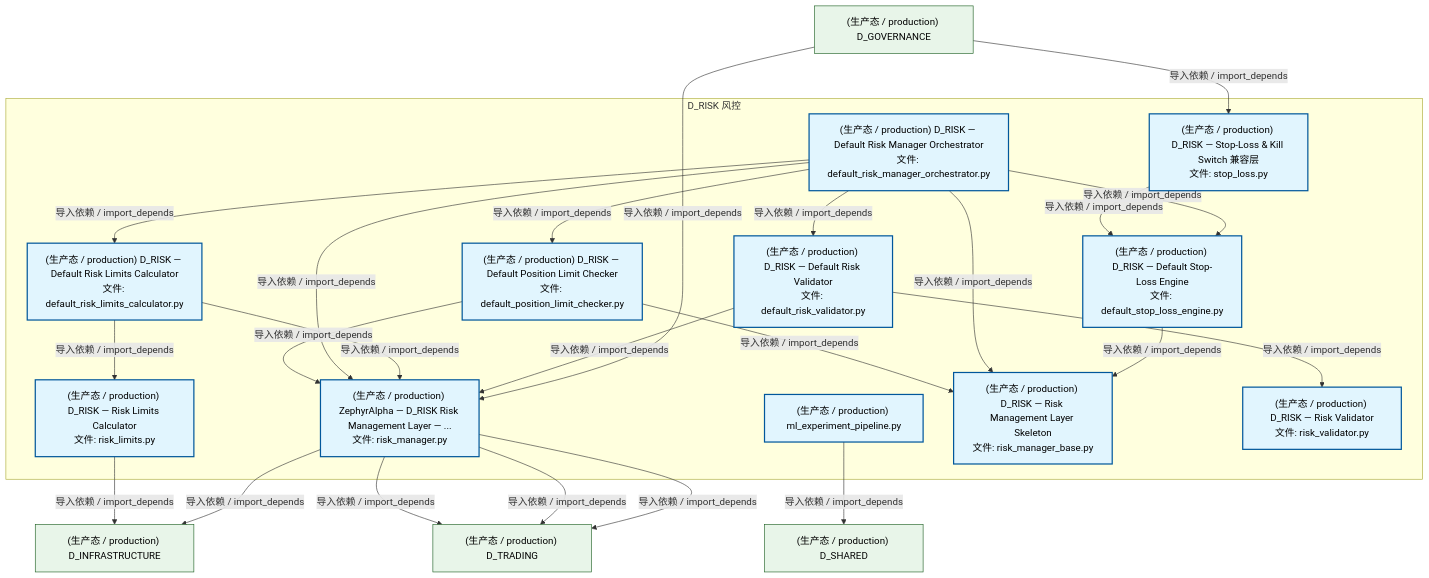
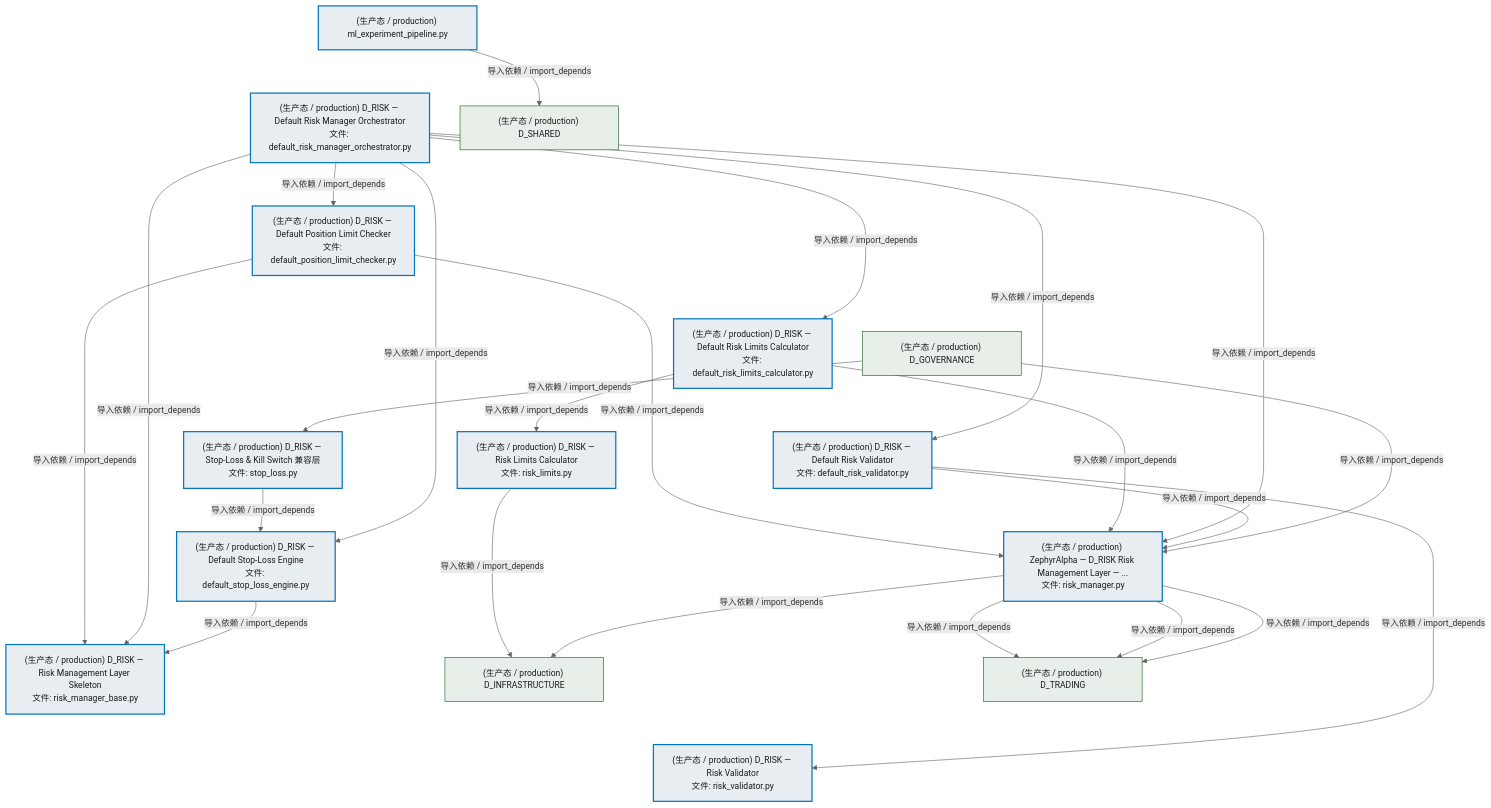
One commit to xuanFelixVan/ZephyrAlpha changed the first of 3 diagrams in docs/02_enterprise_architecture/02_domain_architecture_docs/65_d_risk.md. Above: the diagram before and after it, drawn with Mermaid. The commit also changed other lines of this file and 76 other files, not shown here.

````diff
--- a/docs/02_enterprise_architecture/02_domain_architecture_docs/65_d_risk.md
+++ b/docs/02_enterprise_architecture/02_domain_architecture_docs/65_d_risk.md
@@ -76,48 +76,55 @@
 ```mermaid
-graph TD
-    subgraph D_RISK["D_RISK 风控"]
-        src_zephyr_risk_cross_asset_cross_market_data_adapter_ml_experiment_pipeline_py["(生产态 / production) ml_experiment_pipeline.py"]
-        src_zephyr_risk_implementations_default_position_limit_checker_py["(生产态 / production) D_RISK — Default Position Limit Checker<br/>文件: default_position_limit_checker.py"]
-        src_zephyr_risk_implementations_default_risk_limits_calculator_py["(生产态 / production) D_RISK — Default Risk Limits Calculator<br/>文件: default_risk_limits_calculator.py"]
-        src_zephyr_risk_implementations_default_risk_manager_orchestrator_py["(生产态 / production) D_RISK — Default Risk Manager Orchestrator<br/>文件: default_risk_manager_orchestrator.py"]
-        src_zephyr_risk_implementations_default_risk_validator_py["(生产态 / production) D_RISK — Default Risk Validator<br/>文件: default_risk_validator.py"]
-        src_zephyr_risk_implementations_default_stop_loss_engine_py["(生产态 / production) D_RISK — Default Stop-Loss Engine<br/>文件: default_stop_loss_engine.py"]
-        src_zephyr_risk_risk_limits_py["(生产态 / production) D_RISK — Risk Limits Calculator<br/>文件: risk_limits.py"]
-        src_zephyr_risk_risk_manager_py["(生产态 / production) ZephyrAlpha — D_RISK Risk Management Layer — ...<br/>文件: risk_manager.py"]
-        src_zephyr_risk_risk_manager_base_py["(生产态 / production) D_RISK — Risk Management Layer Skeleton<br/>文件: risk_manager_base.py"]
-        src_zephyr_risk_risk_validator_py["(生产态 / production) D_RISK — Risk Validator<br/>文件: risk_validator.py"]
-        src_zephyr_risk_stop_loss_py["(生产态 / production) D_RISK — Stop-Loss & Kill Switch 兼容层<br/>文件: stop_loss.py"]
-    end
+%%{init: {'theme': 'base', 'themeVariables': {'primaryColor': '#eaeaea', 'primaryTextColor': '#333333', 'primaryBorderColor': '#666666', 'lineColor': '#666666', 'secondaryColor': '#eaeaea', 'tertiaryColor': '#eaeaea', 'fontSize': '14px'}}}%%
+flowchart TD
+    src_zephyr_risk_cross_asset_cross_market_data_adapter_ml_experiment_pipeline_py["(生产态 / production) ml_experiment_pipeline.py"]
+    src_zephyr_risk_implementations_default_risk_manager_orchestrator_py["(生产态 / production) D_RISK — Default Risk Manager Orchestrator<br/>文件: default_risk_manager_orchestrator.py"]
+    src_zephyr_risk_stop_loss_py["(生产态 / production) D_RISK — Stop-Loss & Kill Switch 兼容层<br/>文件: stop_loss.py"]
+    src_zephyr_risk_cross_asset_cross_market_data_adapter_ml_experiment_pipeline_py ~~~ src_zephyr_risk_implementations_default_risk_manager_orchestrator_py
+    src_zephyr_risk_implementations_default_risk_manager_orchestrator_py ~~~ src_zephyr_risk_stop_loss_py
+    src_zephyr_risk_implementations_default_position_limit_checker_py["(生产态 / production) D_RISK — Default Position Limit Checker<br/>文件: default_position_limit_checker.py"]
+    src_zephyr_risk_implementations_default_risk_limits_calculator_py["(生产态 / production) D_RISK — Default Risk Limits Calculator<br/>文件: default_risk_limits_calculator.py"]
+    src_zephyr_risk_implementations_default_risk_validator_py["(生产态 / production) D_RISK — Default Risk Validator<br/>文件: default_risk_validator.py"]
+    src_zephyr_risk_implementations_default_stop_loss_engine_py["(生产态 / production) D_RISK — Default Stop-Loss Engine<br/>文件: default_stop_loss_engine.py"]
+    src_zephyr_risk_implementations_default_position_limit_checker_py ~~~ src_zephyr_risk_implementations_default_risk_limits_calculator_py
+    src_zephyr_risk_implementations_default_risk_limits_calculator_py ~~~ src_zephyr_risk_implementations_default_risk_validator_py
+    src_zephyr_risk_implementations_default_risk_validator_py ~~~ src_zephyr_risk_implementations_default_stop_loss_engine_py
+    src_zephyr_risk_risk_limits_py["(生产态 / production) D_RISK — Risk Limits Calculator<br/>文件: risk_limits.py"]
+    src_zephyr_risk_risk_manager_py["(生产态 / production) ZephyrAlpha — D_RISK Risk Management Layer — ...<br/>文件: risk_manager.py"]
+    src_zephyr_risk_risk_manager_base_py["(生产态 / production) D_RISK — Risk Management Layer Skeleton<br/>文件: risk_manager_base.py"]
+    src_zephyr_risk_risk_validator_py["(生产态 / production) D_RISK — Risk Validator<br/>文件: risk_validator.py"]
+    src_zephyr_risk_risk_limits_py ~~~ src_zephyr_risk_risk_manager_py
+    src_zephyr_risk_risk_manager_py ~~~ src_zephyr_risk_risk_manager_base_py
+    src_zephyr_risk_risk_manager_base_py ~~~ src_zephyr_risk_risk_validator_py
     src_zephyr_risk_stop_loss_py -->|导入依赖 / import_depends| src_zephyr_risk_implementations_default_stop_loss_engine_py
     src_zephyr_risk_implementations_default_position_limit_checker_py -->|导入依赖 / import_depends| src_zephyr_risk_risk_manager_py
     src_zephyr_risk_implementations_default_position_limit_checker_py -->|导入依赖 / import_depends| src_zephyr_risk_risk_manager_base_py
+    src_zephyr_risk_implementations_default_risk_limits_calculator_py -->|导入依赖 / import_depends| src_zephyr_risk_risk_limits_py
+    src_zephyr_risk_implementations_default_risk_limits_calculator_py -->|导入依赖 / import_depends| src_zephyr_risk_risk_manager_py
     src_zephyr_risk_implementations_default_risk_manager_orchestrator_py -->|导入依赖 / import_depends| src_zephyr_risk_risk_manager_py
     src_zephyr_risk_implementations_default_risk_manager_orchestrator_py -->|导入依赖 / import_depends| src_zephyr_risk_risk_manager_base_py
     src_zephyr_risk_implementations_default_risk_manager_orchestrator_py -->|导入依赖 / import_depends| src_zephyr_risk_implementations_default_position_limit_checker_py
     src_zephyr_risk_implementations_default_risk_manager_orchestrator_py -->|导入依赖 / import_depends| src_zephyr_risk_implementations_default_risk_limits_calculator_py
     src_zephyr_risk_implementations_default_risk_manager_orchestrator_py -->|导入依赖 / import_depends| src_zephyr_risk_implementations_default_stop_loss_engine_py
     src_zephyr_risk_implementations_default_risk_manager_orchestrator_py -->|导入依赖 / import_depends| src_zephyr_risk_implementations_default_risk_validator_py
-    src_zephyr_risk_implementations_default_risk_limits_calculator_py -->|导入依赖 / import_depends| src_zephyr_risk_risk_manager_py
-    src_zephyr_risk_implementations_default_risk_limits_calculator_py -->|导入依赖 / import_depends| src_zephyr_risk_risk_limits_py
     src_zephyr_risk_implementations_default_stop_loss_engine_py -->|导入依赖 / import_depends| src_zephyr_risk_risk_manager_base_py
     src_zephyr_risk_implementations_default_risk_validator_py -->|导入依赖 / import_depends| src_zephyr_risk_risk_manager_py
     src_zephyr_risk_implementations_default_risk_validator_py -->|导入依赖 / import_depends| src_zephyr_risk_risk_validator_py
     D_INFRASTRUCTURE["(生产态 / production) D_INFRASTRUCTURE"]
     src_zephyr_risk_risk_limits_py -->|导入依赖 / import_depends| D_INFRASTRUCTURE
     src_zephyr_risk_risk_manager_py -->|导入依赖 / import_depends| D_INFRASTRUCTURE
     D_SHARED["(生产态 / production) D_SHARED"]
     src_zephyr_risk_cross_asset_cross_market_data_adapter_ml_experiment_pipeline_py -->|导入依赖 / import_depends| D_SHARED
     D_TRADING["(生产态 / production) D_TRADING"]
     src_zephyr_risk_risk_manager_py -->|导入依赖 / import_depends| D_TRADING
     src_zephyr_risk_risk_manager_py -->|导入依赖 / import_depends| D_TRADING
     src_zephyr_risk_risk_manager_py -->|导入依赖 / import_depends| D_TRADING
     D_GOVERNANCE["(生产态 / production) D_GOVERNANCE"]
     D_GOVERNANCE -->|导入依赖 / import_depends| src_zephyr_risk_risk_manager_py
     D_GOVERNANCE -->|导入依赖 / import_depends| src_zephyr_risk_stop_loss_py
-    classDef production fill:#e1f5fe,stroke:#01579b,stroke-width:2px,color:#000
-    classDef design fill:#fff3e0,stroke:#e65100,stroke-width:2px,color:#000,stroke-dasharray: 5 5
-    classDef external_prod fill:#e8f5e9,stroke:#1b5e20,stroke-width:1px,color:#000
-    classDef external_design fill:#fce4ec,stroke:#880e4f,stroke-width:1px,color:#000,stroke-dasharray: 5 5
+    classDef production fill:#e8edf2,stroke:#0277bd,stroke-width:2px,color:#1a1a1a
+    classDef design fill:#f0ebe3,stroke:#bf360c,stroke-width:2px,color:#1a1a1a,stroke-dasharray: 5 5
+    classDef external_prod fill:#e8efe9,stroke:#1b5e20,stroke-width:1px,color:#1a1a1a
+    classDef external_design fill:#efe5ea,stroke:#880e4f,stroke-width:1px,color:#1a1a1a,stroke-dasharray: 5 5
     class src_zephyr_risk_cross_asset_cross_market_data_adapter_ml_experiment_pipeline_py,src_zephyr_risk_implementations_default_position_limit_checker_py,src_zephyr_risk_implementations_default_risk_limits_calculator_py,src_zephyr_risk_implementations_default_risk_manager_orchestrator_py,src_zephyr_risk_implementations_default_risk_validator_py,src_zephyr_risk_implementations_default_stop_loss_engine_py,src_zephyr_risk_risk_limits_py,src_zephyr_risk_risk_manager_py,src_zephyr_risk_risk_manager_base_py,src_zephyr_risk_risk_validator_py,src_zephyr_risk_stop_loss_py production
     class D_INFRASTRUCTURE,D_SHARED,D_TRADING,D_GOVERNANCE external_prod
 ```
````
